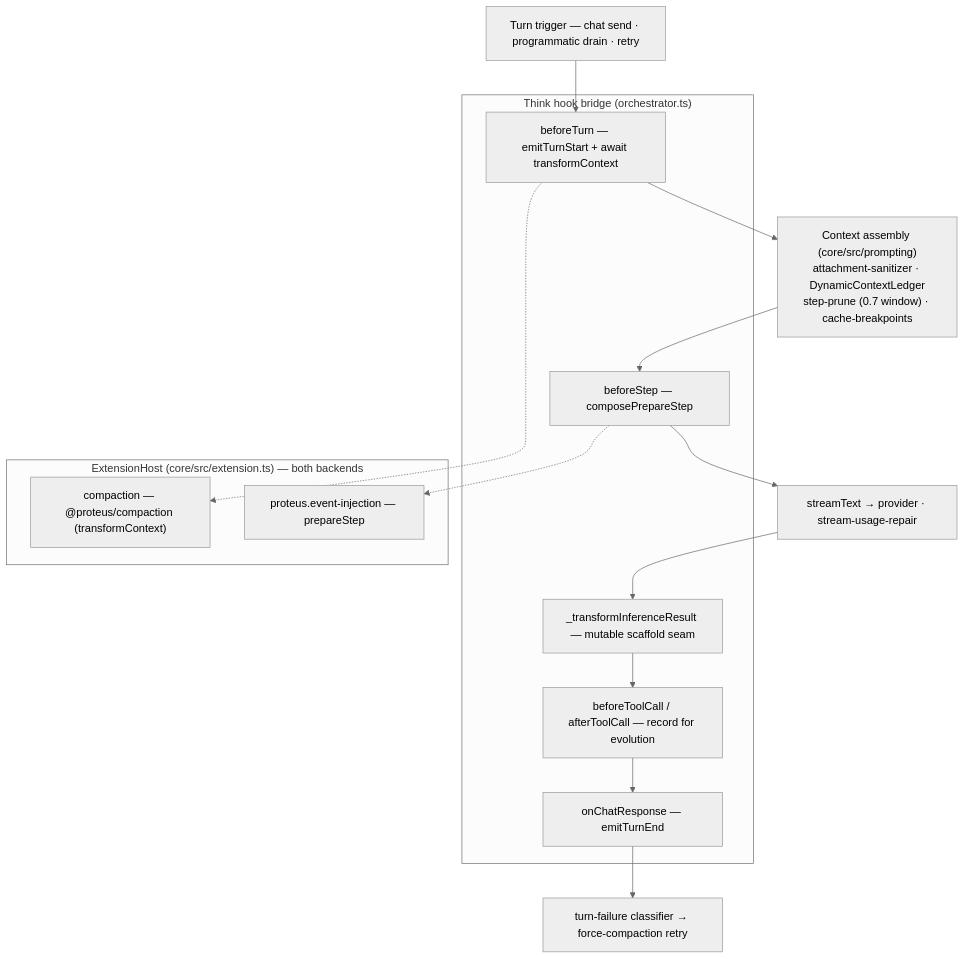
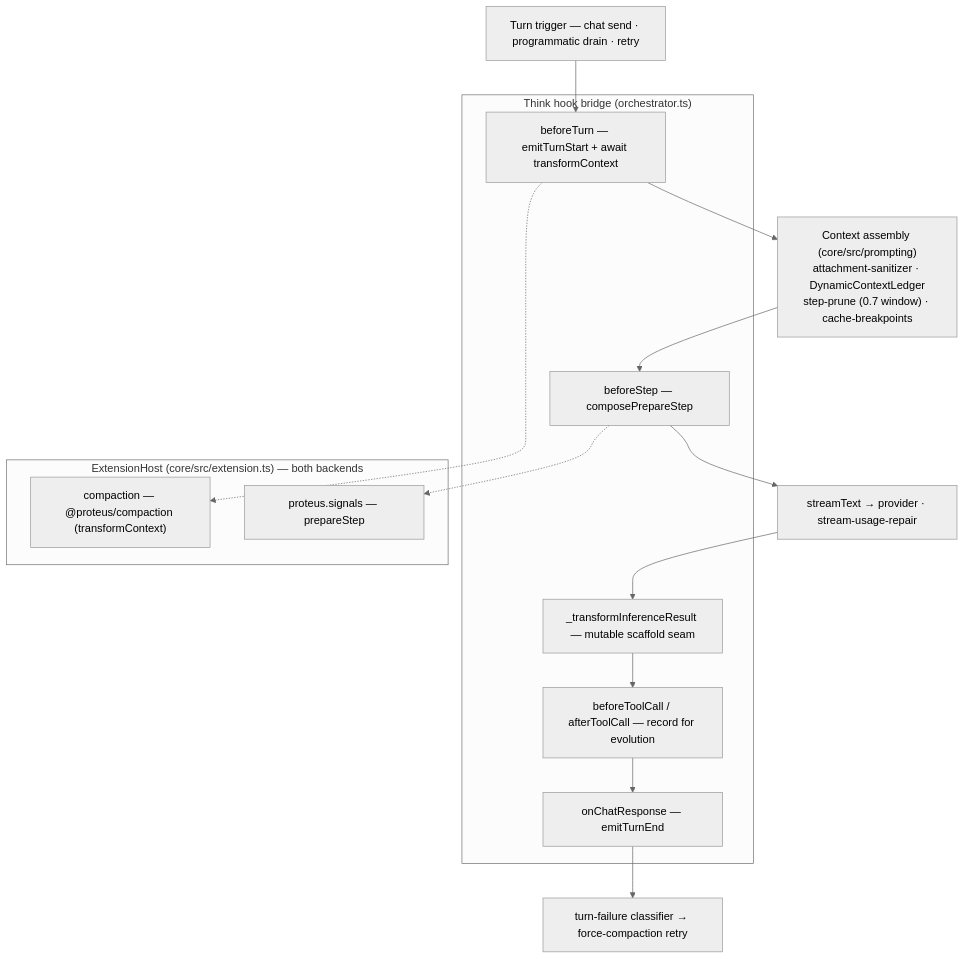
Before and after one commit to AshishKumar4/Proteus: the third of 5 diagrams in docs/ARCHITECTURE.md, drawn with Mermaid (neutral theme). The commit also changed other lines of this file and 38 other files, not shown here.

````diff
--- a/docs/ARCHITECTURE.md
+++ b/docs/ARCHITECTURE.md
@@ -152,25 +152,25 @@
 ```mermaid
 flowchart TB
     In["Turn trigger — chat send · programmatic drain · retry"]
 
     subgraph Bridge["Think hook bridge (orchestrator.ts)"]
         BT["beforeTurn — emitTurnStart + await transformContext"]
         BS["beforeStep — composePrepareStep"]
         TC["beforeToolCall / afterToolCall — record for evolution"]
         IT["_transformInferenceResult — mutable scaffold seam"]
         CR["onChatResponse — emitTurnEnd"]
     end
 
     subgraph Host["ExtensionHost (core/src/extension.ts) — both backends"]
         Comp["compaction — @proteus/compaction (transformContext)"]
-        Inj["proteus.event-injection — prepareStep"]
+        Inj["proteus.signals — prepareStep"]
     end
 
     Assembly["Context assembly (core/src/prompting)<br/>attachment-sanitizer · DynamicContextLedger<br/>step-prune (0.7 window) · cache-breakpoints"]
     Model["streamText → provider · stream-usage-repair"]
     Fail["turn-failure classifier → force-compaction retry"]
 
     In --> BT --> Assembly --> BS --> Model --> IT --> TC --> CR --> Fail
     BT -.-> Comp
     BS -.-> Inj
 ```
````
